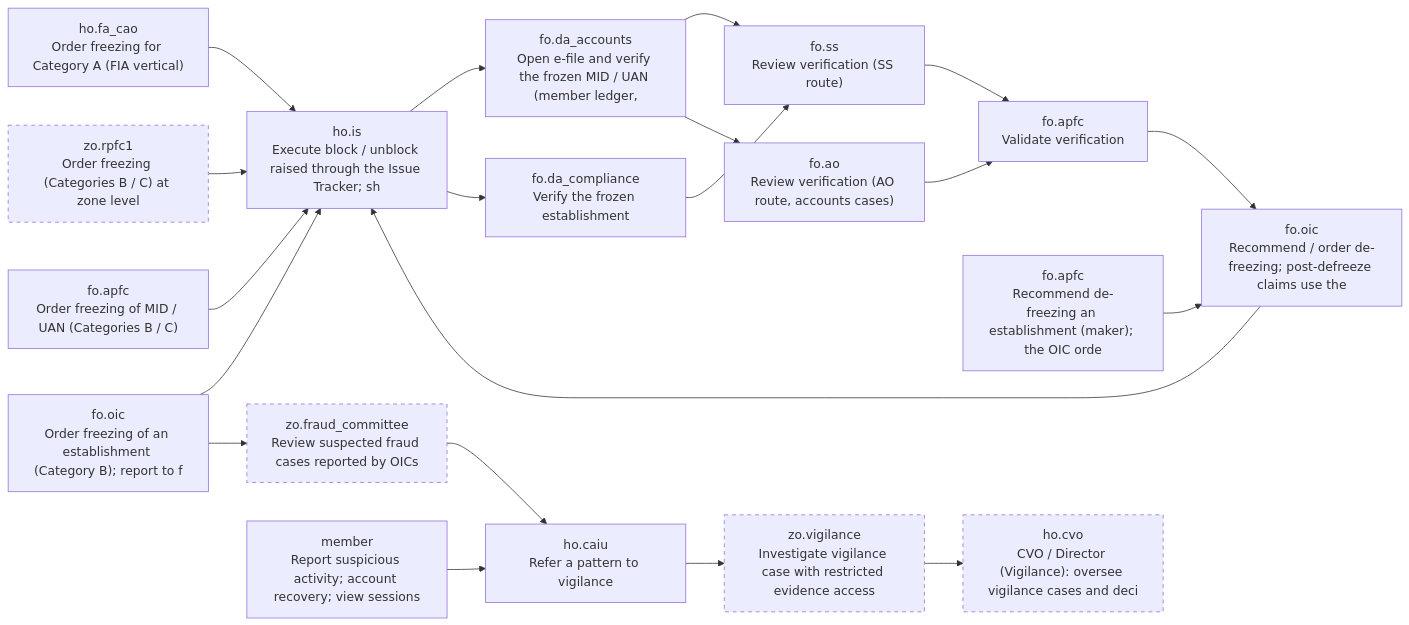
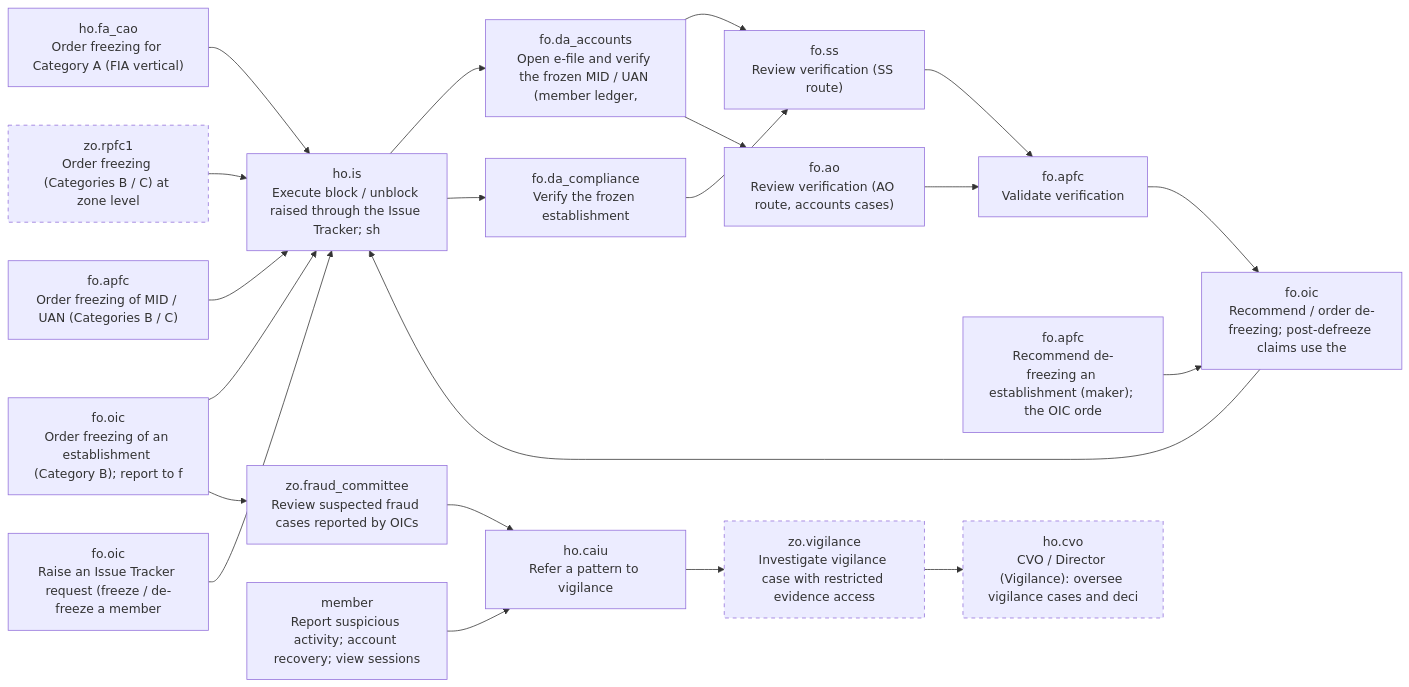
One commit to gauravmeena0708/pf-life changed the seventh of 14 diagrams in docs/stakeholder-api-sets.md. Above: the diagram before and after it, drawn with Mermaid. The commit also changed other lines of this file and 87 other files, not shown here.

First line of the commit message:
P2.8e: security incidents, concurrent audit, NDC Issue Tracker, HR postings, fraud-risk cases, dashboards, location mapping

````diff
--- a/docs/stakeholder-api-sets.md
+++ b/docs/stakeholder-api-sets.md
@@ -1740,43 +1745,44 @@
 ```mermaid
 flowchart LR
   F07_freeze_ho["ho.fa_cao<br/>Order freezing for Category A (FIA vertical)"]
   F07_freeze_zo["zo.rpfc1<br/>Order freezing (Categories B / C) at zone level"]
   style F07_freeze_zo stroke-dasharray: 5 5
   F07_freeze_ro_member["fo.apfc<br/>Order freezing of MID / UAN (Categories B / C)"]
   F07_freeze_ro_est["fo.oic<br/>Order freezing of an establishment (Category B); report to f"]
+  F07_issue_raise["fo.oic<br/>Raise an Issue Tracker request (freeze / de-freeze a member "]
   F07_block["ho.is<br/>Execute block / unblock raised through the Issue Tracker; sh"]
   F07_verify_member["fo.da_accounts<br/>Open e-file and verify the frozen MID / UAN (member ledger, "]
   F07_verify_est["fo.da_compliance<br/>Verify the frozen establishment"]
   F07_verify_ss["fo.ss<br/>Review verification (SS route)"]
   F07_verify_ao["fo.ao<br/>Review verification (AO route, accounts cases)"]
   F07_verify_apfc["fo.apfc<br/>Validate verification"]
   F07_defreeze_est_maker["fo.apfc<br/>Recommend de-freezing an establishment (maker); the OIC orde"]
   F07_defreeze["fo.oic<br/>Recommend / order de-freezing; post-defreeze claims use the "]
   F07_committee["zo.fraud_committee<br/>Review suspected fraud cases reported by OICs"]
-  style F07_committee stroke-dasharray: 5 5
   F07_vig_referral["ho.caiu<br/>Refer a pattern to vigilance"]
   F07_vig_zone["zo.vigilance<br/>Investigate vigilance case with restricted evidence access"]
   style F07_vig_zone stroke-dasharray: 5 5
   F07_vig_ho["ho.cvo<br/>CVO / Director (Vigilance): oversee vigilance cases and deci"]
   style F07_vig_ho stroke-dasharray: 5 5
   F07_member_report["member<br/>Report suspicious activity; account recovery; view sessions"]
   F07_freeze_ho --> F07_block
   F07_freeze_zo --> F07_block
   F07_freeze_ro_member --> F07_block
   F07_freeze_ro_est --> F07_block
   F07_freeze_ro_est --> F07_committee
+  F07_issue_raise --> F07_block
   F07_block --> F07_verify_member
   F07_block --> F07_verify_est
   F07_verify_member --> F07_verify_ss
   F07_verify_member --> F07_verify_ao
   F07_verify_est --> F07_verify_ss
   F07_verify_ss --> F07_verify_apfc
   F07_verify_ao --> F07_verify_apfc
   F07_verify_apfc --> F07_defreeze
   F07_defreeze_est_maker --> F07_defreeze
   F07_defreeze --> F07_block
   F07_committee --> F07_vig_referral
   F07_vig_referral --> F07_vig_zone
   F07_vig_zone --> F07_vig_ho
   F07_member_report --> F07_vig_referral
 ```
````
